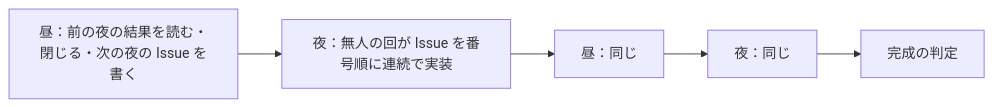
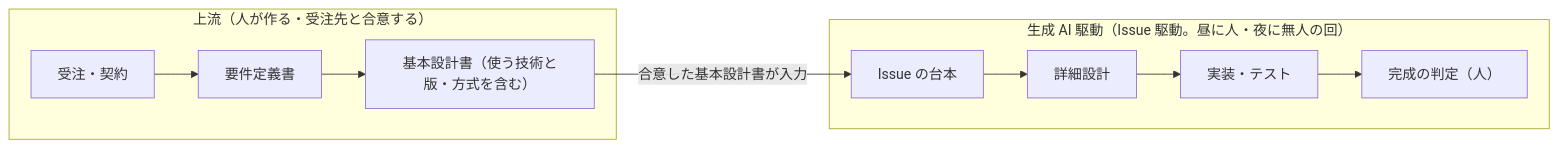
One commit to kaedeasset/issue-driven-kit changed the diagram in docs/guides/working/examples/README.md. Above: the diagram before and after it, drawn with Mermaid. The commit also changed other lines of this file and 10 other files, not shown here.

````diff
--- a/docs/guides/working/examples/README.md
+++ b/docs/guides/working/examples/README.md
@@ -28,5 +30,10 @@
 ```mermaid
 flowchart LR
-    D1["昼：前の夜の結果を読む・閉じる・次の夜の Issue を書く"] --> N1["夜：無人の回が Issue を番号順に連続で実装"]
-    N1 --> D2["昼：同じ"] --> N2["夜：同じ"] --> J["完成の判定"]
+    subgraph U["上流（人が作る・受注先と合意する）"]
+        O["受注・契約"] --> R["要件定義書"] --> B["基本設計書（使う技術と版・方式を含む）"]
+    end
+    subgraph G["生成 AI 駆動（Issue 駆動。昼に人・夜に無人の回）"]
+        I["Issue の台本"] --> D["詳細設計"] --> C["実装・テスト"] --> P["完成の判定（人）"]
+    end
+    B -->|"合意した基本設計書が入力"| I
 ```
````
